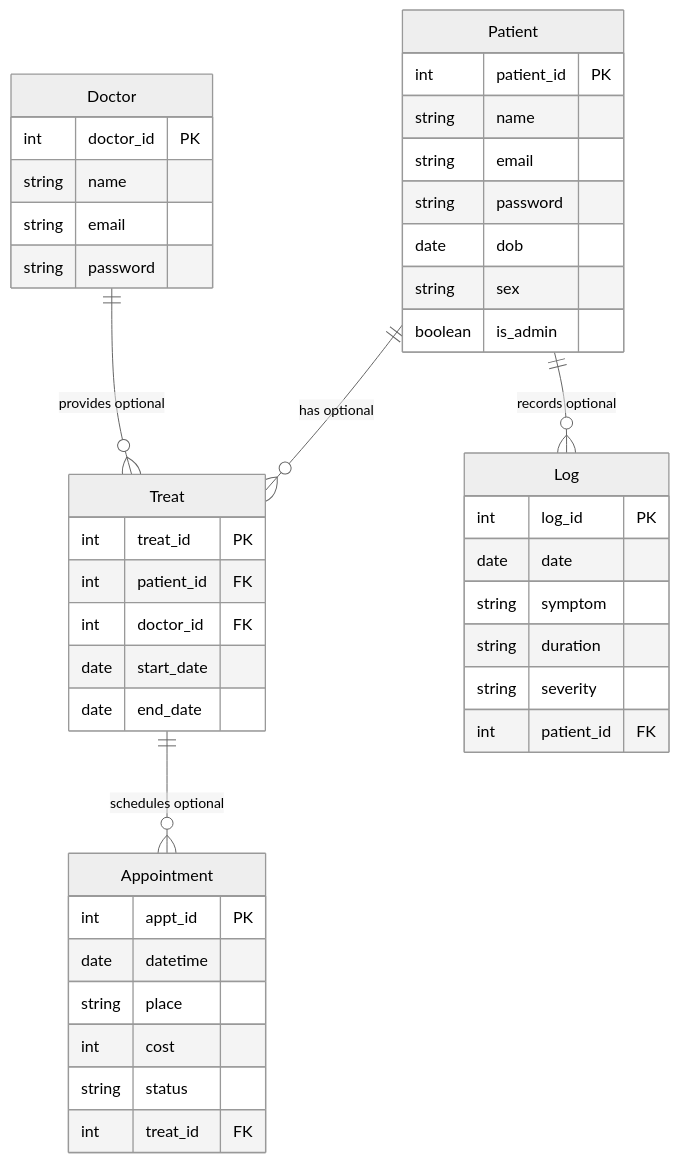
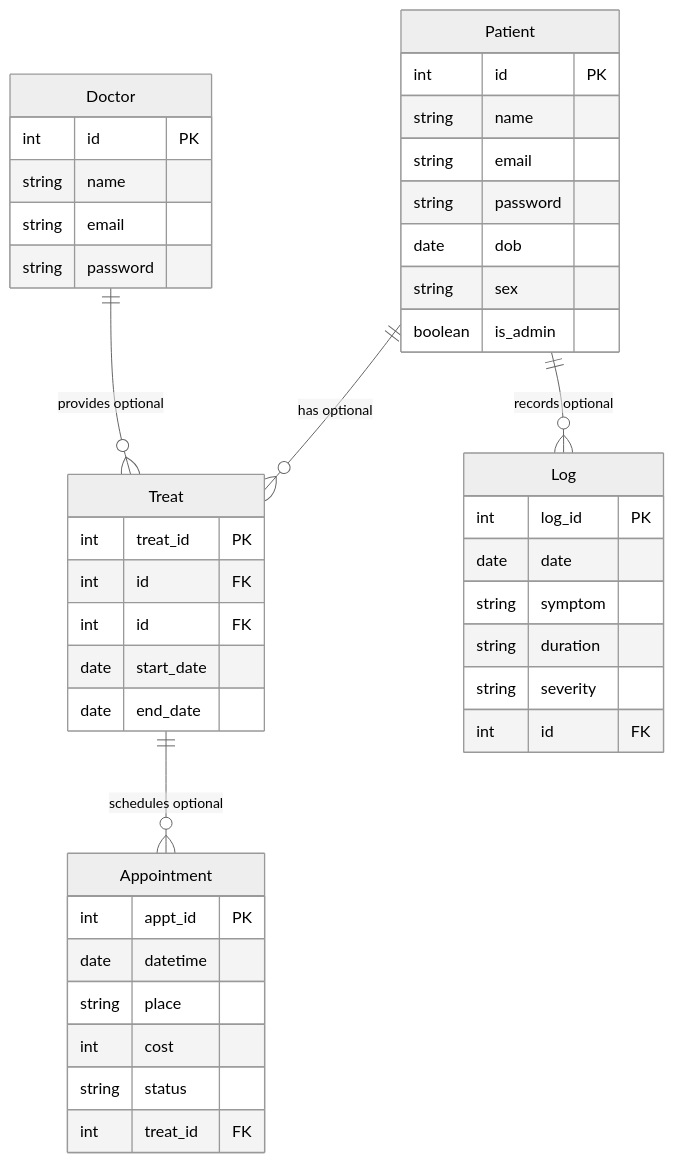
One commit to jevontrei/JoelvonTreifeldt_T2A2 changed the diagram in README.md. Above: the diagram before and after it, drawn with Mermaid (neutral theme). The commit also changed other lines of this file and 17 other files, not shown here.

Commit message:
almost ruined everything by renaming both doctor_id and patient_id to id; auth decorators are a huge mess rn

````diff
--- a/README.md
+++ b/README.md
@@ -168,50 +168,50 @@
 ```mermaid
 erDiagram
     Patient ||--o{ Treat : "has optional"
     Doctor ||--o{ Treat : "provides optional"
     Patient ||--o{ Log : "records optional"
     Treat ||--o{ Appointment : "schedules optional"
 
     Patient {
-        int patient_id PK
+        int id PK
         string name
         string email
         string password
         date dob
         string sex
         boolean is_admin
     }
 
     Doctor {
-        int doctor_id PK
+        int id PK
         string name
         string email
         string password
     }
 
     Treat {
         int treat_id PK
-        int patient_id FK
-        int doctor_id FK
+        int id FK
+        int id FK
         date start_date
         date end_date
     }
 
     Appointment {
         int appt_id PK
         date datetime
         string place
         int cost
         string status
         int treat_id FK
     }
 
     Log {
         int log_id PK
         date date
         string symptom
         string duration
         string severity
-        int patient_id FK
+        int id FK
     }
 ```
````
